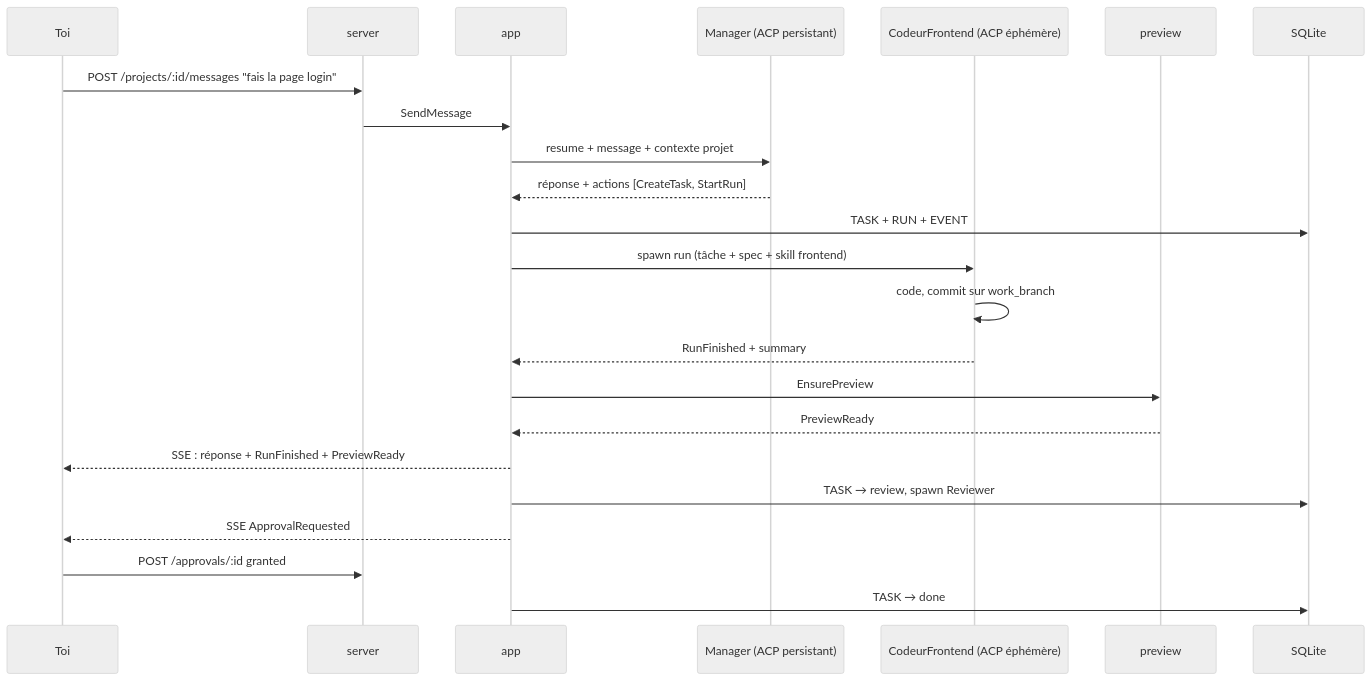
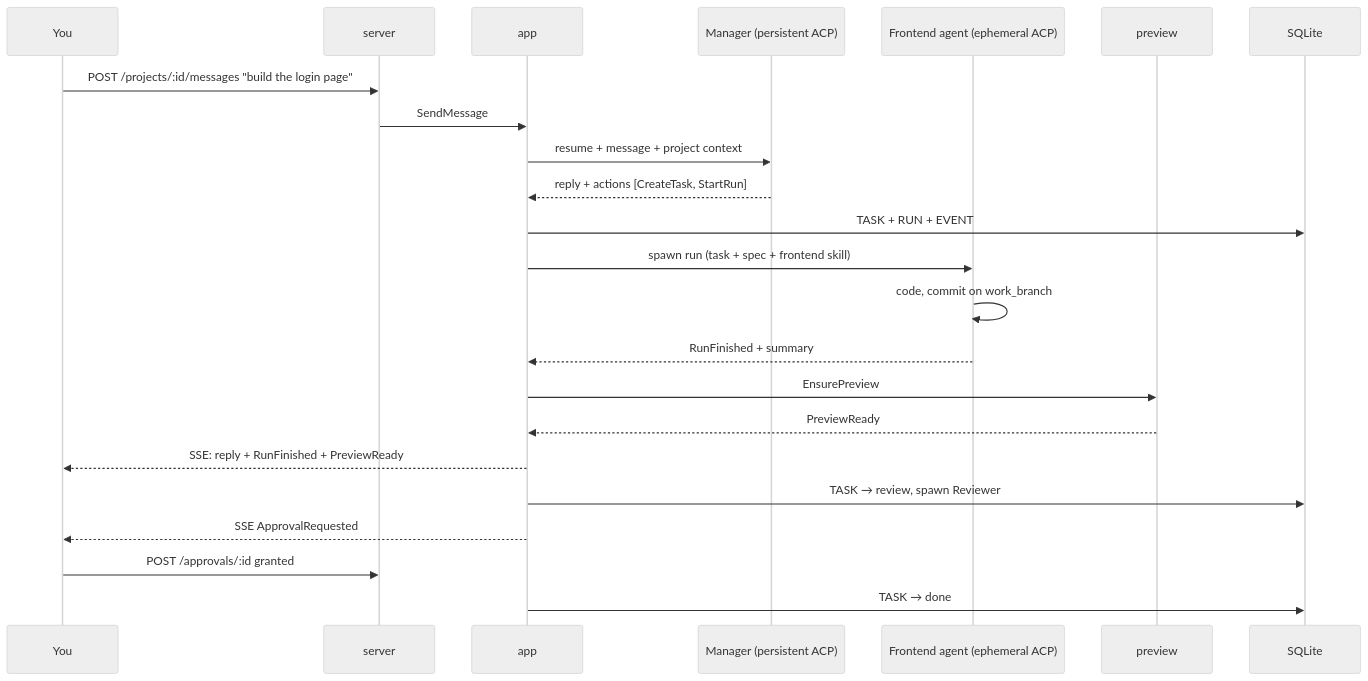
Before and after one commit to salim4n/latoile: the second of 2 diagrams in docs/architecture-spec.md, drawn with Mermaid (neutral theme). The commit also changed other lines of this file and 4 other files, not shown here.

````diff
--- a/docs/architecture-spec.md
+++ b/docs/architecture-spec.md
@@ -205,26 +205,26 @@
 ```mermaid
 sequenceDiagram
-    participant Toi
+    participant You
     participant S as server
     participant A as app
-    participant M as Manager (ACP persistant)
-    participant F as CodeurFrontend (ACP éphémère)
+    participant M as Manager (persistent ACP)
+    participant F as Frontend agent (ephemeral ACP)
     participant P as preview
     participant DB as SQLite
 
-    Toi->>S: POST /projects/:id/messages "fais la page login"
+    You->>S: POST /projects/:id/messages "build the login page"
     S->>A: SendMessage
-    A->>M: resume + message + contexte projet
-    M-->>A: réponse + actions [CreateTask, StartRun]
+    A->>M: resume + message + project context
+    M-->>A: reply + actions [CreateTask, StartRun]
     A->>DB: TASK + RUN + EVENT
-    A->>F: spawn run (tâche + spec + skill frontend)
-    F->>F: code, commit sur work_branch
+    A->>F: spawn run (task + spec + frontend skill)
+    F->>F: code, commit on work_branch
     F-->>A: RunFinished + summary
     A->>P: EnsurePreview
     P-->>A: PreviewReady
-    A-->>Toi: SSE : réponse + RunFinished + PreviewReady
+    A-->>You: SSE: reply + RunFinished + PreviewReady
     A->>DB: TASK → review, spawn Reviewer
-    A-->>Toi: SSE ApprovalRequested
-    Toi->>S: POST /approvals/:id granted
+    A-->>You: SSE ApprovalRequested
+    You->>S: POST /approvals/:id granted
     A->>DB: TASK → done
 ```
````
